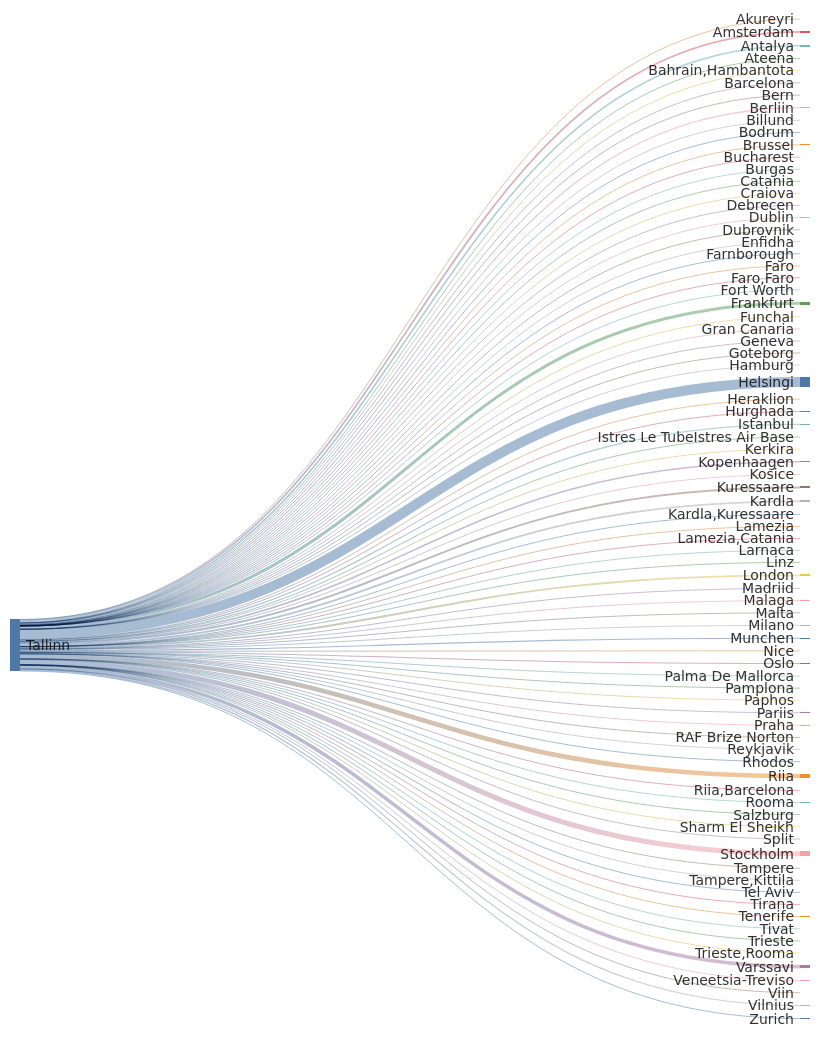
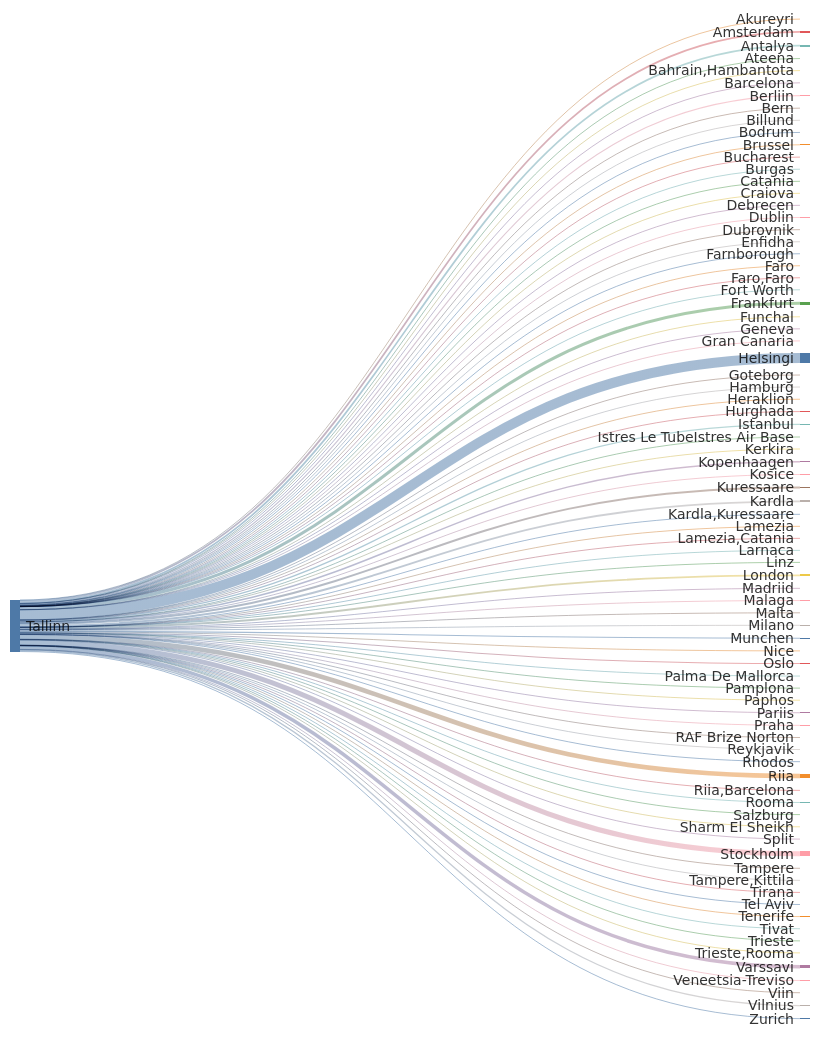
The second of 2 diagrams in README.md (rainermesi/tll-airport-departures), drawn with Mermaid before and after one commit. The commit also changed other lines of this file and 1 other file, not shown here.

````diff
--- a/README.md
+++ b/README.md
@@ -42,8 +42,8 @@
 sankey-beta
 %% source,target,value
 Tallinn,Akureyri,1
-Tallinn,Amsterdam,601
-Tallinn,Antalya,589
+Tallinn,Amsterdam,603
+Tallinn,Antalya,592
 Tallinn,Ateena,16
 Tallinn,"Bahrain,Hambantota",1
 Tallinn,Barcelona,169
@@ -51,48 +51,48 @@
 Tallinn,Bern,1
 Tallinn,Billund,87
 Tallinn,Bodrum,16
-Tallinn,Brussel,230
+Tallinn,Brussel,231
 Tallinn,Bucharest,1
 Tallinn,Burgas,67
 Tallinn,Catania,2
 Tallinn,Craiova,1
 Tallinn,Debrecen,1
-Tallinn,Dublin,111
+Tallinn,Dublin,112
 Tallinn,Dubrovnik,21
 Tallinn,Enfidha,20
 Tallinn,Farnborough,1
 Tallinn,Faro,4
 Tallinn,"Faro,Faro",1
 Tallinn,Fort Worth,1
-Tallinn,Frankfurt,1042
+Tallinn,Frankfurt,1045
 Tallinn,Funchal,10
 Tallinn,Geneva,13
 Tallinn,Gran Canaria,38
 Tallinn,Goteborg,2
 Tallinn,Hamburg,2
-Tallinn,Helsingi,3492
-Tallinn,Heraklion,144
+Tallinn,Helsingi,3502
+Tallinn,Heraklion,145
 Tallinn,Hurghada,79
-Tallinn,Istanbul,453
+Tallinn,Istanbul,454
 Tallinn,Istres Le TubeIstres Air Base,2
 Tallinn,Kerkira,4
-Tallinn,Kopenhaagen,518
+Tallinn,Kopenhaagen,521
 Tallinn,Kosice,1
-Tallinn,Kuressaare,662
-Tallinn,Kardla,664
+Tallinn,Kuressaare,664
+Tallinn,Kardla,666
 Tallinn,"Kardla,Kuressaare",1
 Tallinn,Lamezia,6
 Tallinn,"Lamezia,Catania",3
 Tallinn,Larnaca,9
 Tallinn,Linz,2
-Tallinn,London,674
+Tallinn,London,677
 Tallinn,Madriid,5
-Tallinn,Malaga,144
+Tallinn,Malaga,145
 Tallinn,Malta,37
 Tallinn,Milano,289
-Tallinn,Munchen,378
+Tallinn,Munchen,379
 Tallinn,Nice,69
-Tallinn,Oslo,350
+Tallinn,Oslo,351
 Tallinn,Palma De Mallorca,41
 Tallinn,Pamplona,1
 Tallinn,Paphos,66
@@ -101,13 +101,13 @@
 Tallinn,RAF Brize Norton,1
 Tallinn,Reykjavik,20
 Tallinn,Rhodos,76
-Tallinn,Riia,1590
+Tallinn,Riia,1595
 Tallinn,"Riia,Barcelona",1
 Tallinn,Rooma,80
 Tallinn,Salzburg,14
-Tallinn,Sharm El Sheikh,125
+Tallinn,Sharm El Sheikh,126
 Tallinn,Split,69
-Tallinn,Stockholm,1755
+Tallinn,Stockholm,1760
 Tallinn,Tampere,17
 Tallinn,"Tampere,Kittila",21
 Tallinn,Tel Aviv,2
@@ -116,11 +116,11 @@
 Tallinn,Tivat,80
 Tallinn,Trieste,1
 Tallinn,"Trieste,Rooma",1
-Tallinn,Varssavi,1213
+Tallinn,Varssavi,1216
 Tallinn,Veneetsia-Treviso,67
 Tallinn,Viin,106
-Tallinn,Vilnius,445
-Tallinn,Zurich,314
+Tallinn,Vilnius,447
+Tallinn,Zurich,315
 
 
 ```
````
